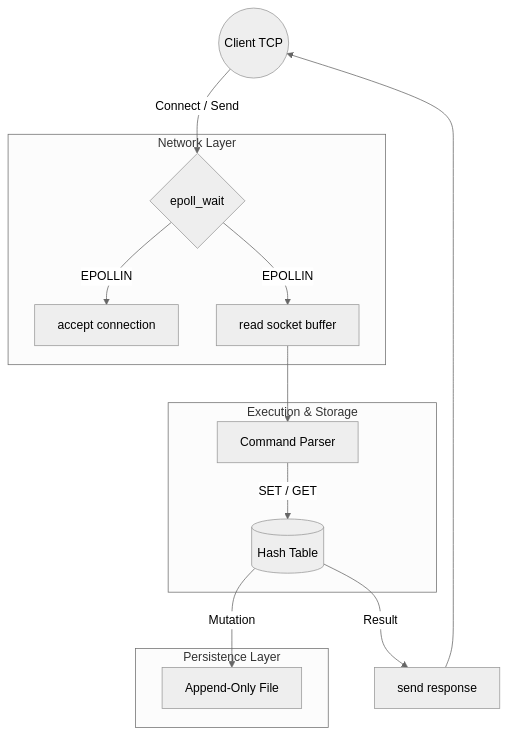
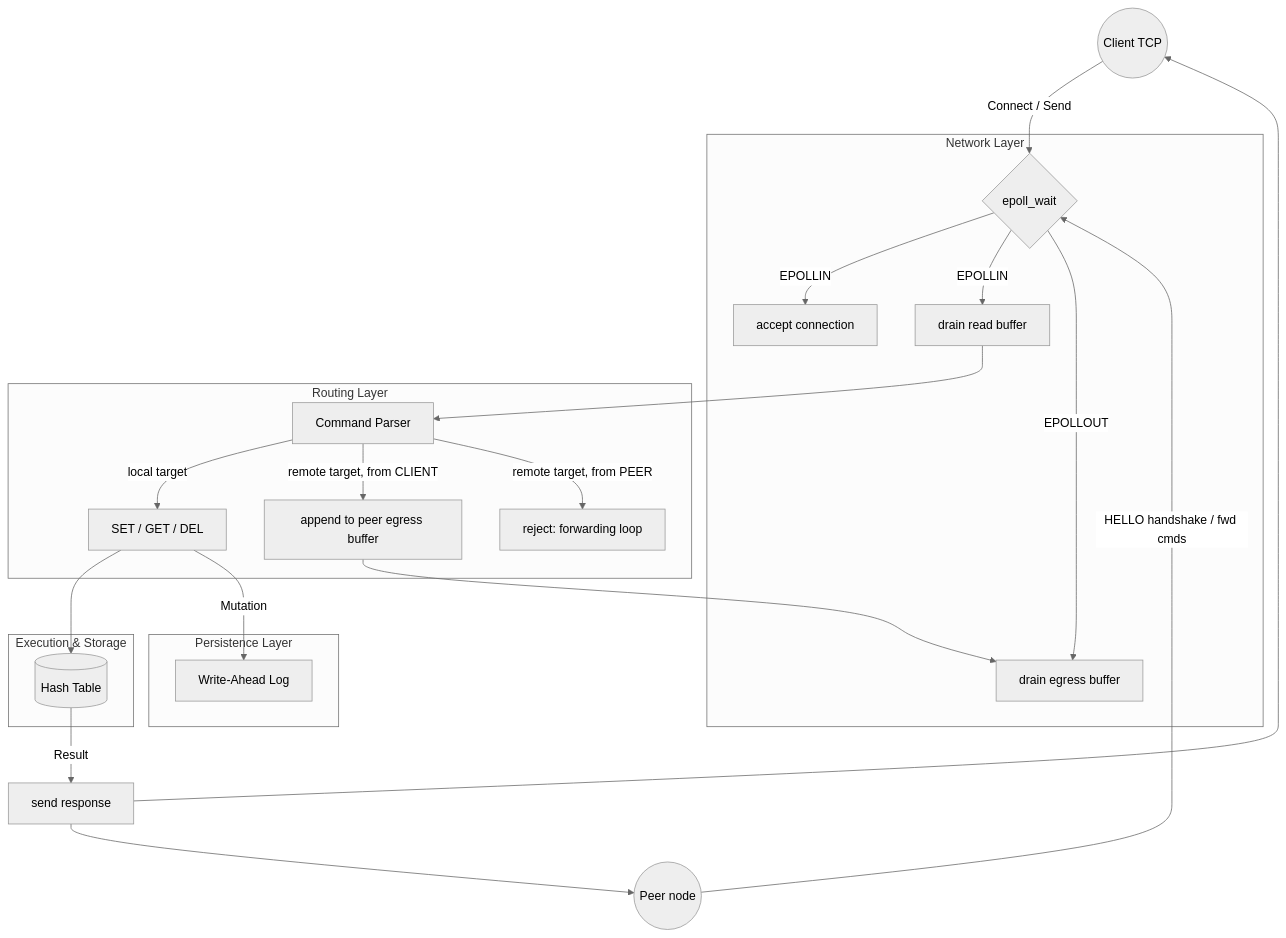
One commit to SandeshOjha06/C-dis changed the diagram in README.md. Above: the diagram before and after it, drawn with Mermaid (neutral theme). The commit also changed other lines of this file, not shown here.

````diff
--- a/README.md
+++ b/README.md
@@ -19,21 +25,31 @@
 ```mermaid
 graph TD
     Client((Client TCP)) -->|Connect / Send| Epoll{epoll_wait}
-    
-    subgraph Network Layer
-    Epoll -->|EPOLLIN| Accept[accept connection]
-    Epoll -->|EPOLLIN| Read[read socket buffer]
+    Peer((Peer node)) -->|HELLO handshake / fwd cmds| Epoll
+
+    subgraph "Network Layer"
+        Epoll -->|EPOLLIN| Accept[accept connection]
+        Epoll -->|EPOLLIN| Read[drain read buffer]
+        Epoll -->|EPOLLOUT| Drain[drain egress buffer]
     end
-    
-    subgraph Execution & Storage
-    Read --> Parser[Command Parser]
-    Parser --> |SET / GET| HT[(Hash Table)]
+
+    subgraph "Routing Layer"
+        Read --> Parser[Command Parser]
+        Parser -->|local target| Exec
+        Parser -->|remote target, from CLIENT| Fwd[append to peer egress buffer]
+        Parser -->|remote target, from PEER| Reject["reject: forwarding loop"]
+        Fwd --> Drain
     end
-    
-    subgraph Persistence Layer
-    HT -->|Mutation| AOF[Append-Only File]
+
+    subgraph "Execution & Storage"
+        Exec[SET / GET / DEL] --> HT[(Hash Table)]
     end
-    
-    HT -->|Result| Write[send response]
-    Write --> Client
+
+    subgraph "Persistence Layer"
+        Exec -->|Mutation| AOF[Write-Ahead Log]
+    end
+
+    HT -->|Result| Resp[send response]
+    Resp --> Client
+    Resp --> Peer
 ```
````
